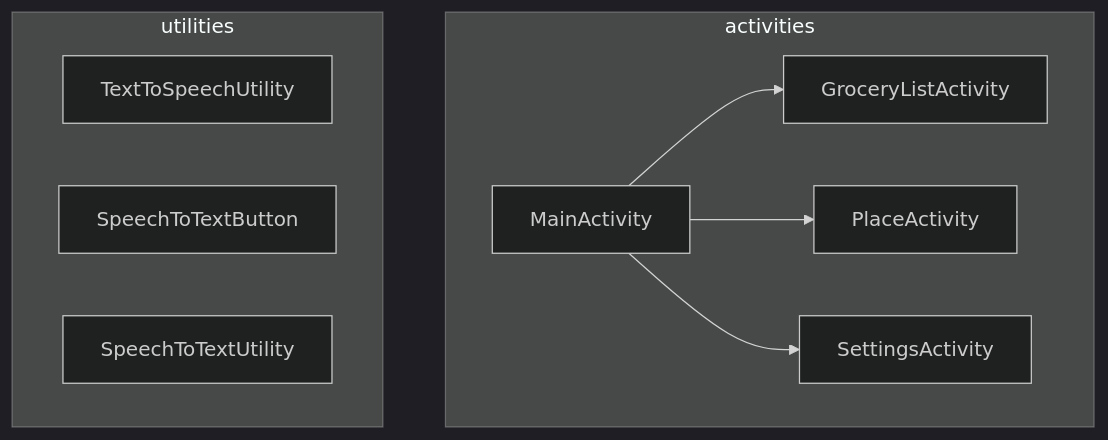
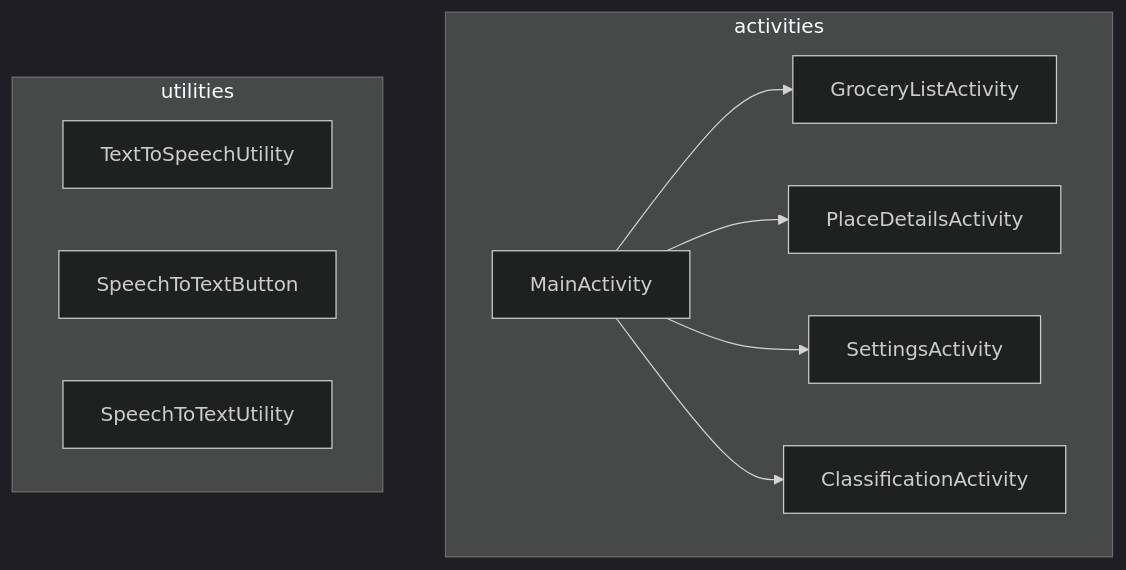
Before and after one commit to StudyProject-NLI/NLInterface: the diagram in docs/architecture/overview.md, drawn with Mermaid (dark theme). The commit also changed 9 other files, not shown here.

````diff
--- a/docs/architecture/overview.md
+++ b/docs/architecture/overview.md
@@ -3,16 +3,24 @@
 ```mermaid
 flowchart
 	subgraph activities
 	m[MainActivity]
 	m --> GroceryListActivity
-	m --> PlaceActivity
+	m --> PlaceDetailsActivity
 	m --> SettingsActivity
+	m --> ClassificationActivity
 	
+	click m "activities/MainActivity.html"
+	click GroceryListActivity "activities/GroceryListActivity.html"
+	click PlaceDetailsActivity "activities/PlaceDetailsActivity.html"
+	click SettingsActivity "activities/SettingsActivity.html"
+	click ClassificationActivity "activities/ClassificationActivity.html"
+
+
 	end
 	subgraph utilities
 	TextToSpeechUtility
 	SpeechToTextButton
 	SpeechToTextUtility
 	
 	end
 ```
````
